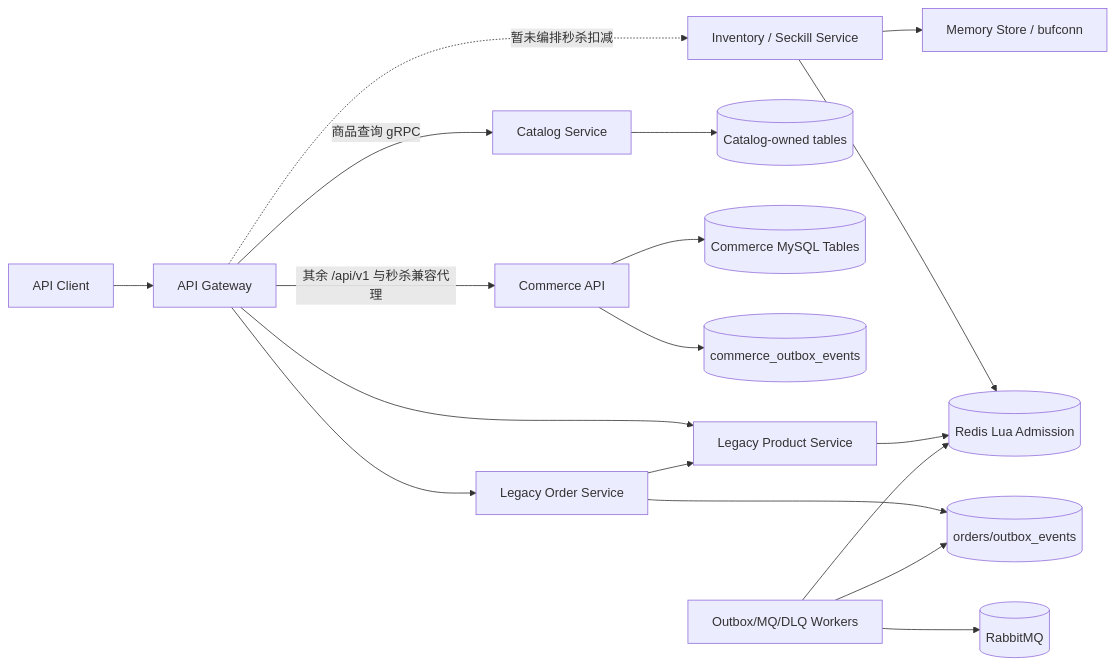
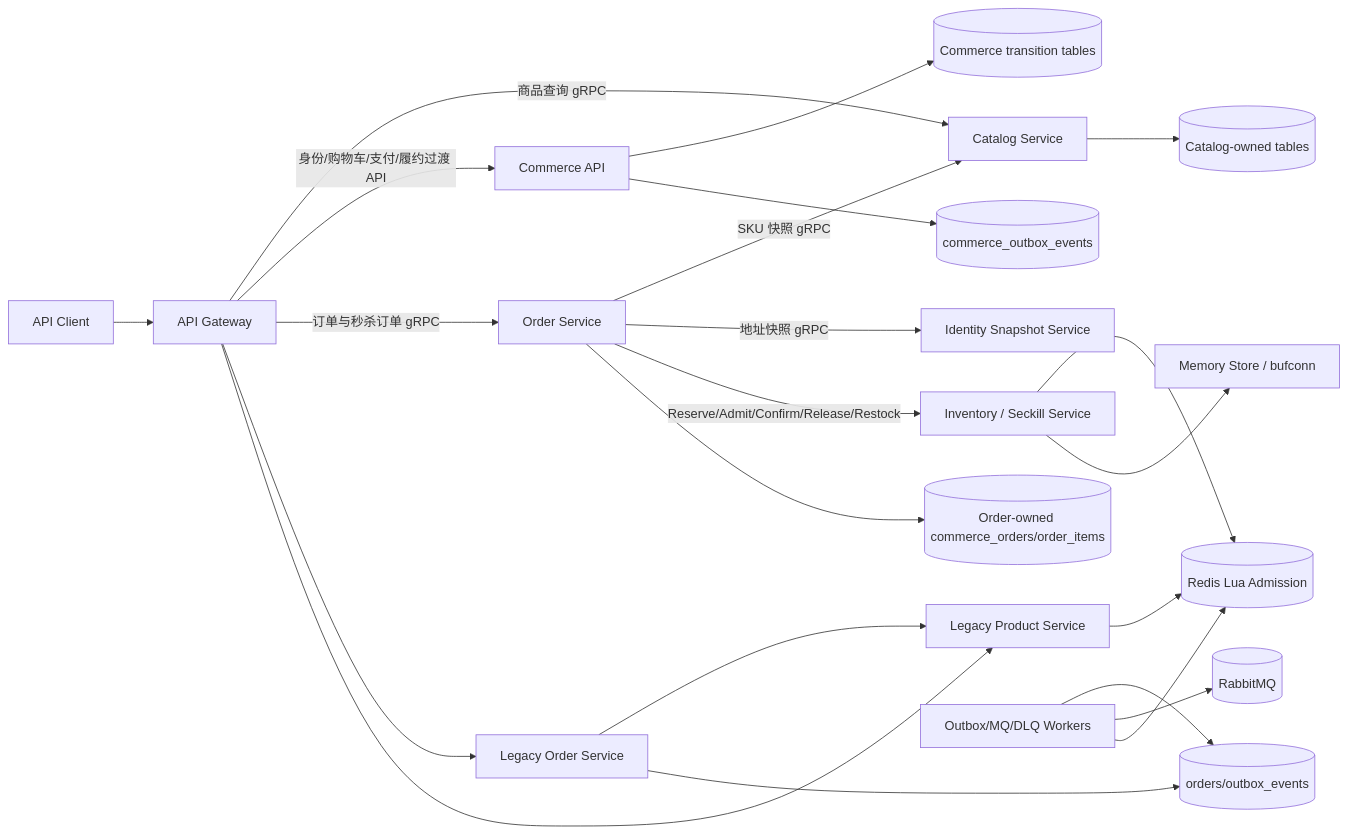
The first of 3 diagrams in helloagents/wiki/arch.md (Kxa42/seckill-mall), drawn with Mermaid before and after one commit. The commit also changed other lines of this file and 68 other files, not shown here.

Commit message:
feat: introduce order service orchestration

````diff
--- a/helloagents/wiki/arch.md
+++ b/helloagents/wiki/arch.md
@@ -7,21 +7,25 @@
 ```mermaid
 flowchart LR
     Client[API Client] --> Gateway[API Gateway]
     Gateway -->|商品查询 gRPC| Catalog[Catalog Service]
-    Gateway -->|其余 /api/v1 与秒杀兼容代理| Commerce[Commerce API]
-    Gateway -.->|暂未编排秒杀扣减| Inventory[Inventory / Seckill Service]
+    Gateway -->|身份/购物车/支付/履约过渡 API| Commerce[Commerce API]
+    Gateway -->|订单与秒杀订单 gRPC| Order[Order Service]
+    Order -->|SKU 快照 gRPC| Catalog[Catalog Service]
+    Order -->|地址快照 gRPC| Identity[Identity Snapshot Service]
+    Order -->|Reserve/Admit/Confirm/Release/Restock| Inventory[Inventory / Seckill Service]
     Catalog --> CatalogDB[(Catalog-owned tables)]
     Inventory --> Redis[(Redis Lua)]
     Inventory --> InventoryMemory[Memory Store / bufconn]
-    Commerce --> CommerceDB[(Commerce MySQL Tables)]
+    Commerce --> CommerceDB[(Commerce transition tables)]
     Commerce --> CommerceOutbox[(commerce_outbox_events)]
+    Order --> OrderDB[(Order-owned commerce_orders/order_items)]
 
     Gateway --> LegacyOrder[Legacy Order Service]
     Gateway --> LegacyProduct[Legacy Product Service]
     LegacyOrder --> LegacyProduct
     LegacyOrder --> LegacyDB[(orders/outbox_events)]
     LegacyProduct --> Redis[(Redis Lua Admission)]
     LegacyWorker[Outbox/MQ/DLQ Workers] --> LegacyDB
     LegacyWorker --> RabbitMQ[(RabbitMQ)]
     LegacyWorker --> Redis
 ```
````
